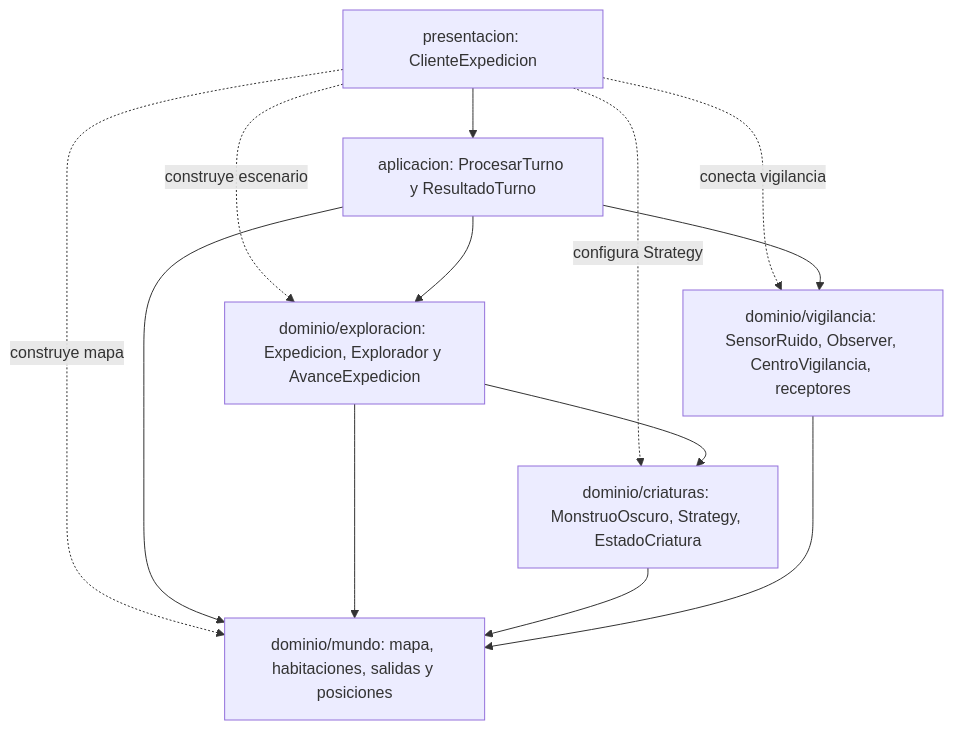
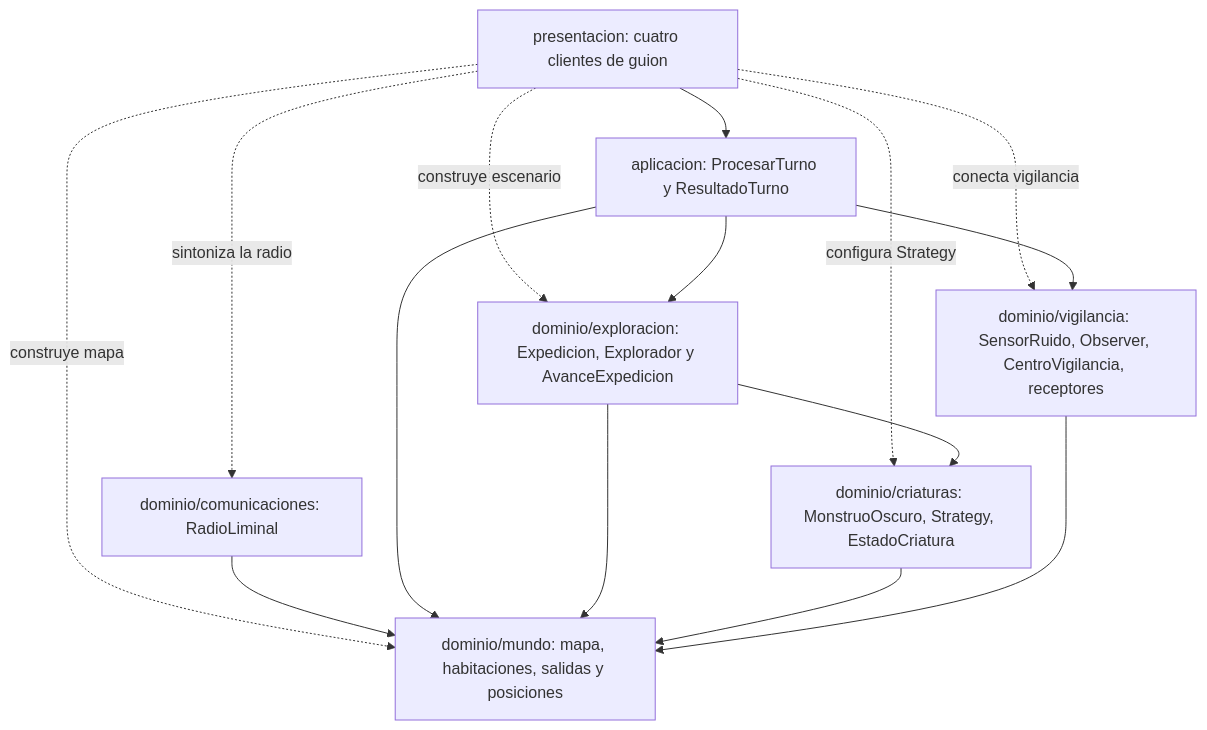
The first of 4 diagrams in proyectos/expedicion-liminal-integrada/docs/ARQUITECTURA.md (marcos-moreira-dev/Patrones-de-dise-o-Java), drawn with Mermaid before and after one commit. The commit also changed other lines of this file and 3 other files, not shown here.

Commit message:
docs(integrador): sincronizar UML, auditoria e indices con cuatro guiones

```diff
--- a/proyectos/expedicion-liminal-integrada/docs/ARQUITECTURA.md
+++ b/proyectos/expedicion-liminal-integrada/docs/ARQUITECTURA.md
@@ -9,21 +9,24 @@
 ~~~mermaid
 flowchart TD
-    P["presentacion: ClienteExpedicion"]
+    P["presentacion: cuatro clientes de guion"]
     A["aplicacion: ProcesarTurno y ResultadoTurno"]
     E["dominio/exploracion: Expedicion, Explorador y AvanceExpedicion"]
     M["dominio/mundo: mapa, habitaciones, salidas y posiciones"]
     C["dominio/criaturas: MonstruoOscuro, Strategy, EstadoCriatura"]
     V["dominio/vigilancia: SensorRuido, Observer, CentroVigilancia, receptores"]
+    R["dominio/comunicaciones: RadioLiminal"]
     P --> A
     P -. "construye escenario" .-> E
     P -. "construye mapa" .-> M
     P -. "configura Strategy" .-> C
     P -. "conecta vigilancia" .-> V
+    P -. "sintoniza la radio" .-> R
+    R --> M
     A --> E
     A --> M
     A --> V
     E --> M
     E --> C
     C --> M
     V --> M
 ~~~
```
